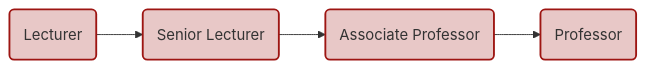
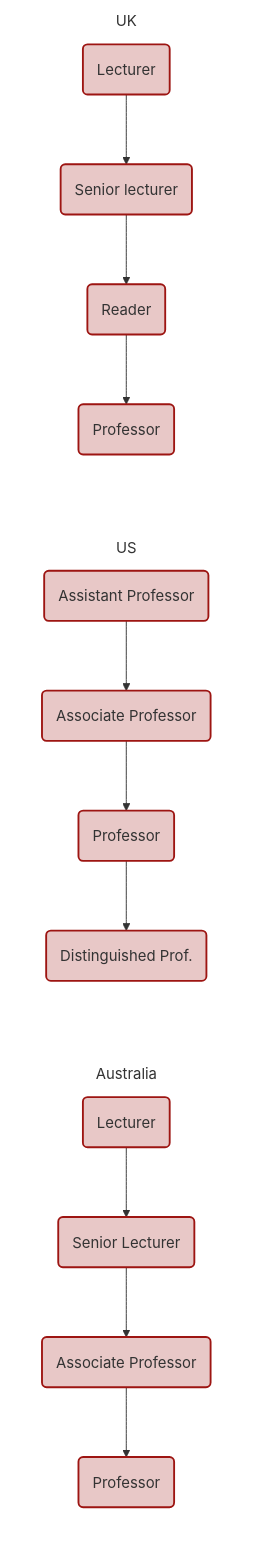
Before and after one commit to paytonrodman/paytonrodman.github.io: the diagram in content/resource/grad-FAQ/before/research.md, drawn with Mermaid. The commit also changed other lines of this file, not shown here.

````diff
--- a/content/resource/grad-FAQ/before/research.md
+++ b/content/resource/grad-FAQ/before/research.md
@@ -104,8 +104,27 @@
 ```mermaid
 graph LR;
+  subgraph Australia
   A(Lecturer)-->B(Senior Lecturer);
   B(Senior Lecturer)-->C(Associate Professor);
   C(Associate Professor)-->D(Professor);
   classDef website fill:#e8c8c7,stroke:#9d1512,stroke-width:2px
   class A,B,C,D website
+  end
+  style Australia fill:none,stroke:none
+  subgraph US
+  E(Assistant Professor)-->F(Associate Professor);
+  F(Associate Professor)-->G(Professor);
+  G(Professor)-->H(Distinguished Prof.);
+  classDef website fill:#e8c8c7,stroke:#9d1512,stroke-width:2px
+  class E,F,G,H website
+  end
+  style US fill:none,stroke:none
+  subgraph UK
+  I(Lecturer)-->J(Senior lecturer);
+  J(Senior lecturer)-->K(Reader);
+  K(Reader)-->L(Professor);
+  classDef website fill:#e8c8c7,stroke:#9d1512,stroke-width:2px
+  class I,J,K,L website
+  end
+  style UK fill:none,stroke:none
 ```
````
